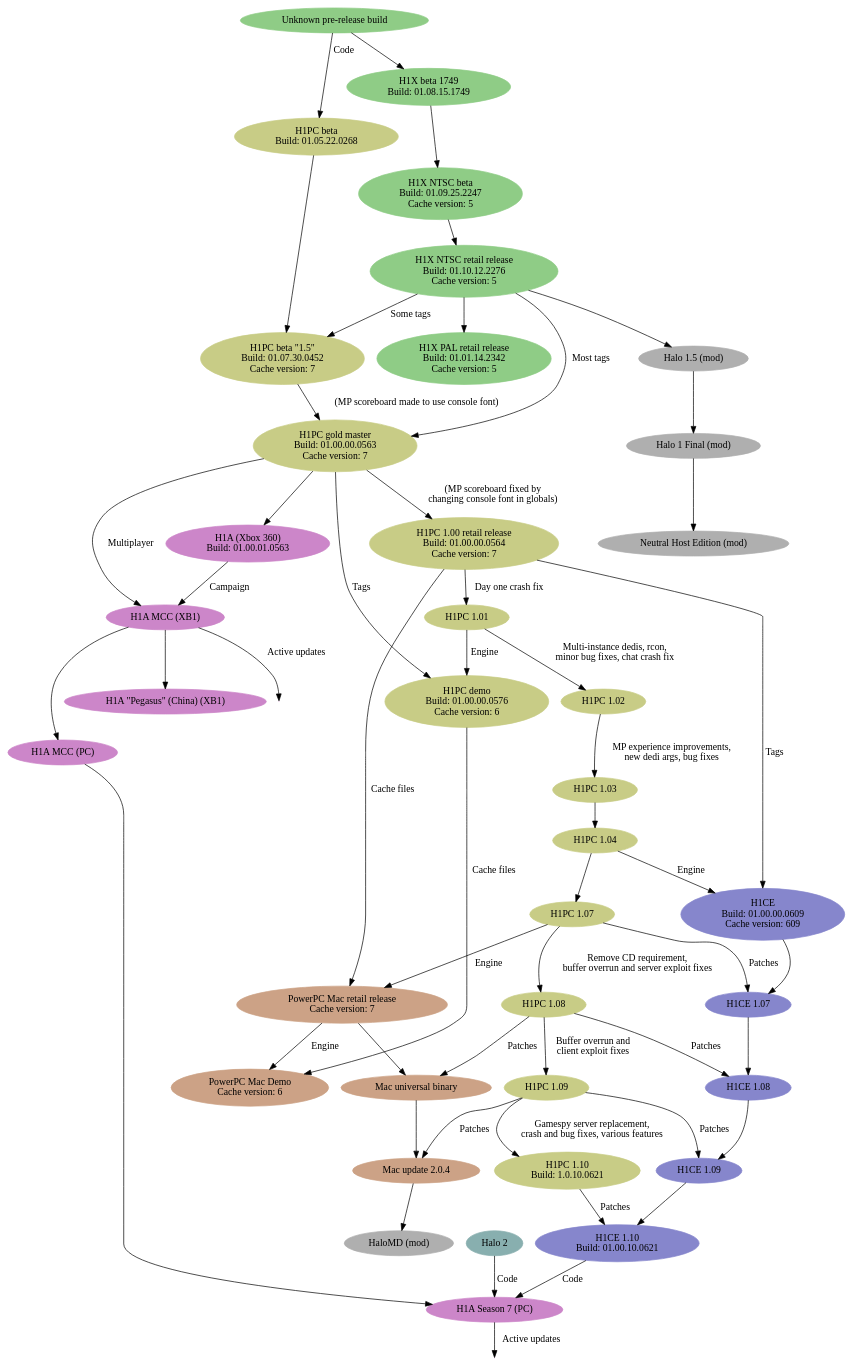
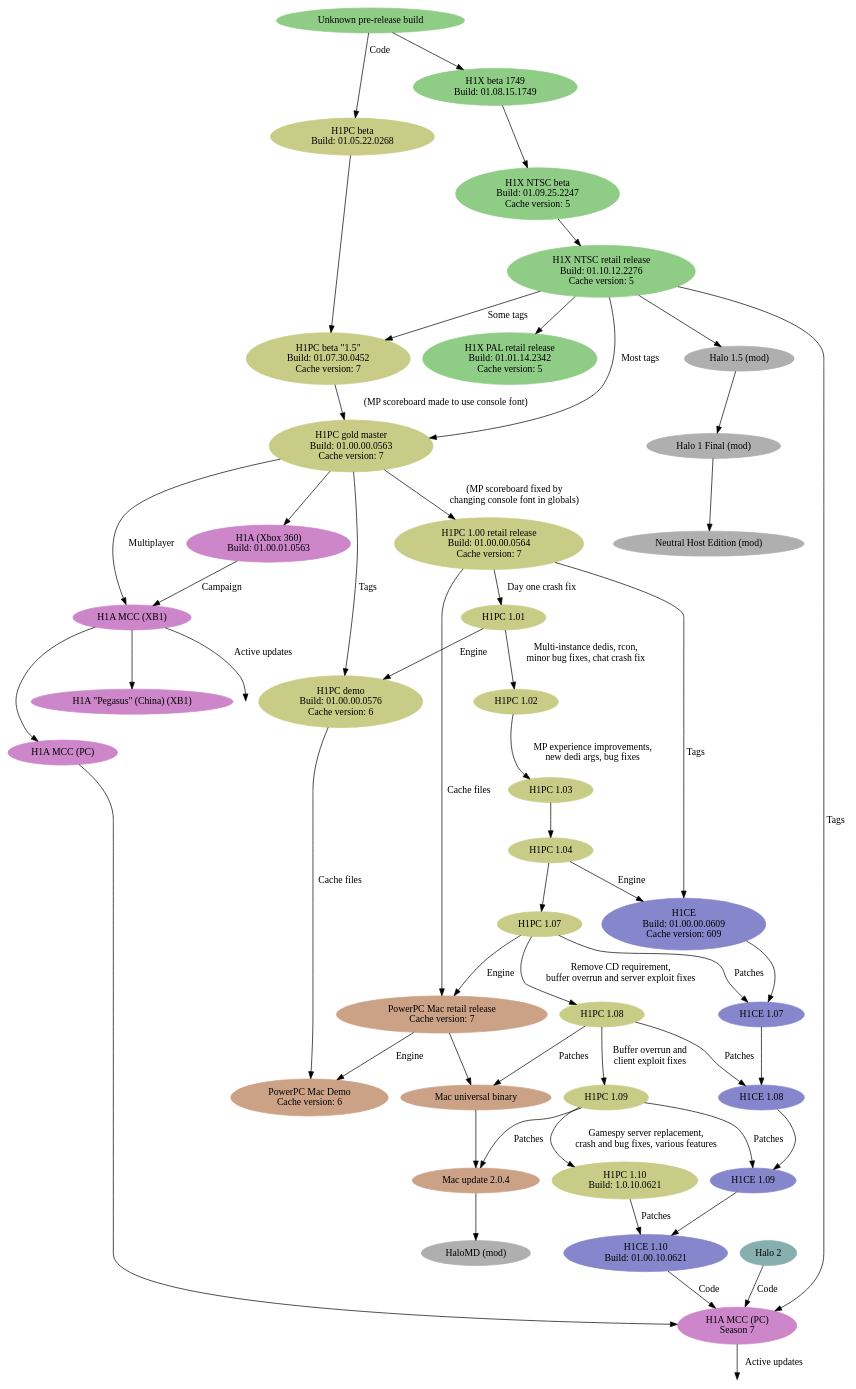
Before and after one commit to Sigmmma/c20: the diagram in src/content/h1/games.dot, drawn with Graphviz. The commit also changed 3 other files, not shown here.

```diff
--- a/src/content/h1/games.dot
+++ b/src/content/h1/games.dot
@@ -1,129 +1,130 @@
 digraph G {
   subgraph h1x {
     node [style=filled color="#8fcc86"]
     h1x_pre [label="Unknown pre-release build"]
     h1x_1749 [label="H1X beta 1749\nBuild: 01.08.15.1749"]
     h1x_ntsc_beta [label="H1X NTSC beta\nBuild: 01.09.25.2247\nCache version: 5"]
     h1x_ntsc_retail [label="H1X NTSC retail release\nBuild: 01.10.12.2276\nCache version: 5"]
     h1x_pal_retail [label="H1X PAL retail release\nBuild: 01.01.14.2342\nCache version: 5"]
   }
 
   subgraph h1pc {
     node [style=filled color="#c8cc86"];
     pc_beta1 [label="H1PC beta\nBuild: 01.05.22.0268"];
     pc_beta2 [label="H1PC beta \"1.5\"\nBuild: 01.07.30.0452\nCache version: 7"];
     pc_gold [label="H1PC gold master\nBuild: 01.00.00.0563\nCache version: 7"];
     pc_100 [label="H1PC 1.00 retail release\nBuild: 01.00.00.0564\nCache version: 7"];
     pc_101 [label="H1PC 1.01"];
     pc_102 [label="H1PC 1.02"];
     pc_103 [label="H1PC 1.03"];
     pc_104 [label="H1PC 1.04"];
     pc_107 [label="H1PC 1.07"];
     pc_108 [label="H1PC 1.08"];
     pc_109 [label="H1PC 1.09"];
     pc_110 [label="H1PC 1.10\nBuild: 1.0.10.0621"];
     pc_demo [label="H1PC demo\nBuild: 01.00.00.0576\nCache version: 6"];
   }
 
   subgraph h1ce {
     node [style=filled color="#8686cc"];
     h1ce_100 [label="H1CE\nBuild: 01.00.00.0609\nCache version: 609"];
     h1ce_107 [label="H1CE 1.07"];
     h1ce_108 [label="H1CE 1.08"];
     h1ce_109 [label="H1CE 1.09"];
     h1ce_110 [label="H1CE 1.10\nBuild: 01.00.10.0621"];
   }
 
   subgraph mac {
     node [style=filled color="#cca286"];
     mac_retail [label="PowerPC Mac retail release\nCache version: 7"];
     mac_universal [label="Mac universal binary"];
     mac_204 [label="Mac update 2.0.4"];
     mac_demo [label="PowerPC Mac Demo\nCache version: 6"];
   }
 
   subgraph h1a {
     node [style=filled color="#cc86c9"];
     h1a_360 [label="H1A (Xbox 360)\nBuild: 01.00.01.0563"];
     h1a_xbone [label="H1A MCC (XB1)"];
     h1a_xbone_china [label="H1A \"Pegasus\" (China) (XB1)"];
     h1a_pc [label="H1A MCC (PC)"];
-    h1a_pc_s7 [label="H1A Season 7 (PC)"];
+    h1a_pc_s7 [label="H1A MCC (PC)\nSeason 7"];
     h1a_pc_live [label="", fixedsize="false", width=0, height=0, shape=none];
     h1a_xbone_live [label="", fixedsize="false", width=0, height=0, shape=none];
   }
 
   #mods
   node [style=filled color="#afafaf"];
   h15 [label="Halo 1.5 (mod)"];
   h1final [label="Halo 1 Final (mod)"];
   nhe [label="Neutral Host Edition (mod)"];
   halomd [label="HaloMD (mod)"];
 
   #other games
   node [style=filled color="#88afaf"];
   h2 [label="Halo 2"];
 
   h1x_pre -> h1x_1749;
   h1x_1749 -> h1x_ntsc_beta;
   h1x_ntsc_beta -> h1x_ntsc_retail;
   h1x_ntsc_retail -> h1x_pal_retail;
 
   # gearbox pc line
   h1x_pre -> pc_beta1 [label="Code"];
   pc_beta1 -> pc_beta2;
   h1x_ntsc_retail -> pc_beta2 [label="Some tags"];
   pc_beta2 -> pc_gold [label="(MP scoreboard made to use console font)"];
   h1x_ntsc_retail -> pc_gold [label="Most tags"];
   pc_gold -> pc_100 [label="(MP scoreboard fixed by\nchanging console font in globals)"];
   pc_100 -> pc_101 [label="Day one crash fix"];
   pc_101 -> pc_102 [label="Multi-instance dedis, rcon,\nminor bug fixes, chat crash fix"];
   pc_102 -> pc_103 [label="MP experience improvements,\nnew dedi args, bug fixes"];
   pc_103 -> pc_104;
   pc_104 -> pc_107;
   pc_107 -> pc_108 [label="Remove CD requirement,\nbuffer overrun and server exploit fixes"];
   pc_108 -> pc_109 [label="Buffer overrun and\nclient exploit fixes"];
   pc_109 -> pc_110 [label="Gamespy server replacement,\ncrash and bug fixes, various features"];
   pc_gold -> pc_demo [label="Tags"];
   pc_101 -> pc_demo [label="Engine"];
 
   # custom edition line
   pc_104 -> h1ce_100 [label="Engine"];
   pc_100 -> h1ce_100 [label="Tags"];
   h1ce_100 -> h1ce_107;
   pc_107 -> h1ce_107 [label="Patches"];
   h1ce_107 -> h1ce_108;
   pc_108 -> h1ce_108 [label="Patches"];
   h1ce_108 -> h1ce_109;
   pc_109 -> h1ce_109 [label="Patches"];
   h1ce_109 -> h1ce_110;
   pc_110 -> h1ce_110 [label="Patches"];
 
   # mac
   pc_demo -> mac_demo [label="Cache files"];
   pc_100 -> mac_retail [label="Cache files"];
   pc_107 -> mac_retail [label="Engine"];
   mac_retail -> mac_demo [label="Engine"];
   mac_retail -> mac_universal;
   pc_108 -> mac_universal [label="Patches"];
   mac_universal -> mac_204;
   pc_109 -> mac_204 [label="Patches"];
 
   # mods
   h1x_ntsc_retail -> h15;
   h15 -> h1final;
   h1final -> nhe;
   mac_204 -> halomd;
 
   # h1a and mcc
   pc_gold -> h1a_360;
   h1a_360 -> h1a_xbone [label="Campaign"];
   pc_gold -> h1a_xbone [label="Multiplayer"];
   h1a_xbone -> h1a_pc;
   h1a_xbone -> h1a_xbone_live [label="Active updates"];
   h1a_xbone -> h1a_xbone_china;
   h1a_pc -> h1a_pc_s7;
   h1ce_110 -> h1a_pc_s7 [label="Code"];
+  h1x_ntsc_retail -> h1a_pc_s7 [label="Tags"];
   h2 -> h1a_pc_s7 [label="Code"];
   h1a_pc_s7 -> h1a_pc_live [label="Active updates"];
 }
```
